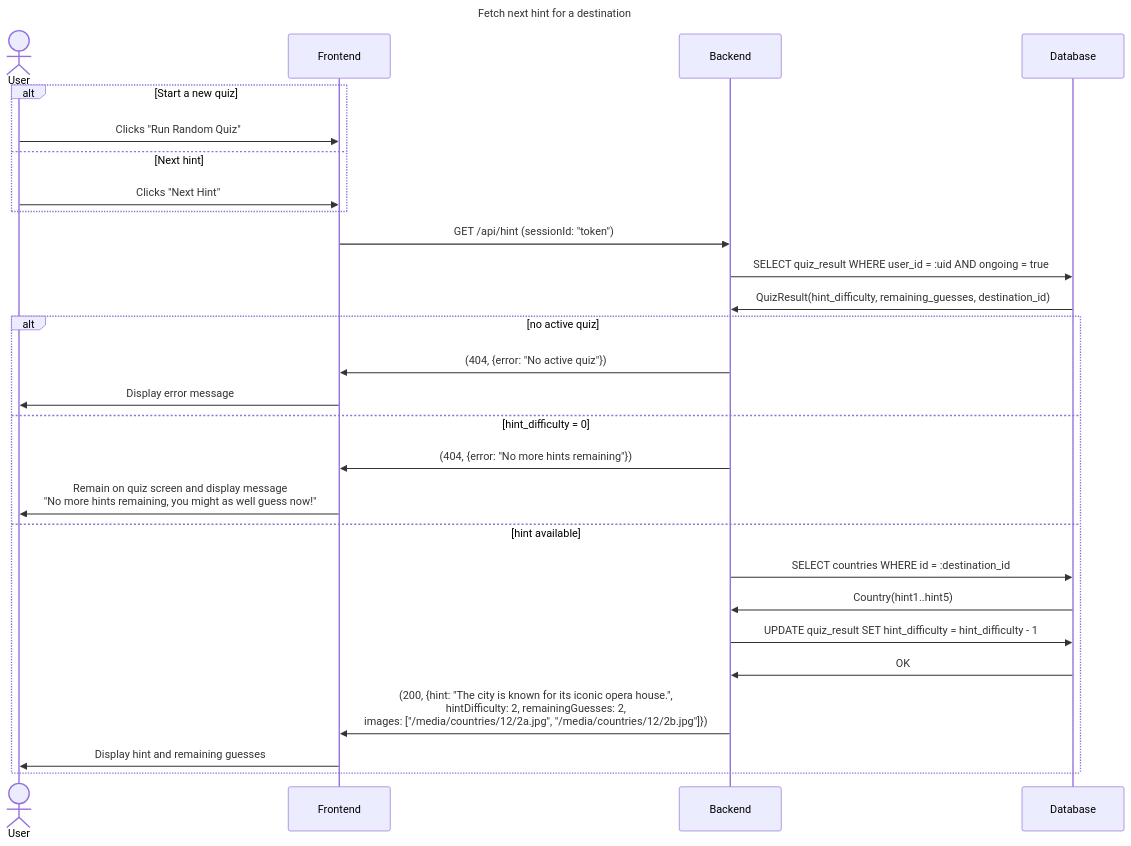
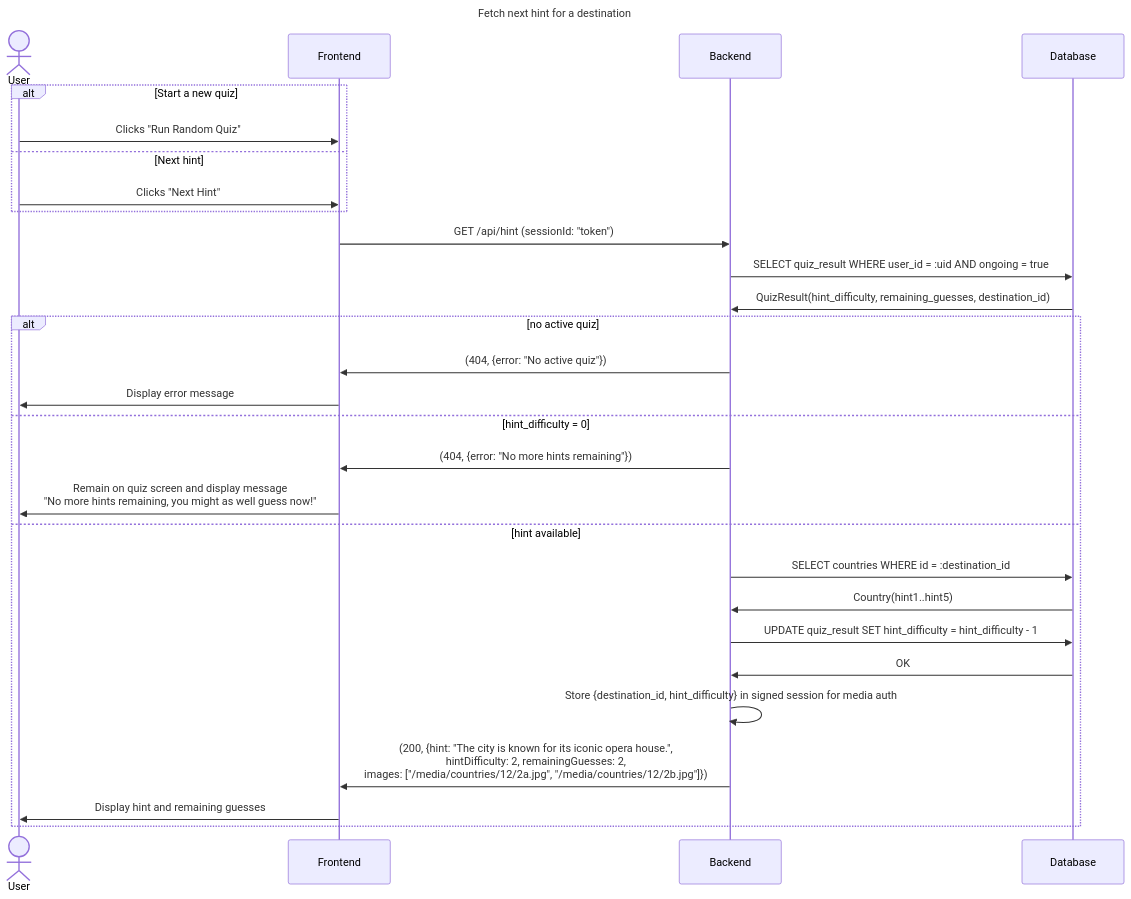
One commit to fylke/quizzler changed the diagram in docs/hint.md. Above: the diagram before and after it, drawn with Mermaid. The commit also changed other lines of this file and 7 other files, not shown here.

````diff
--- a/docs/hint.md
+++ b/docs/hint.md
@@ -1,35 +1,36 @@
 ```mermaid
 sequenceDiagram
     title Fetch next hint for a destination
 
     actor User
     participant Frontend
     participant Backend
     participant Database
 
     alt Start a new quiz
         User->>Frontend: Clicks "Run Random Quiz"
     else Next hint
         User->>Frontend: Clicks "Next Hint"
     end
 
     Frontend->>Backend: GET /api/hint (sessionId: "token")
 
     Backend->>Database: SELECT quiz_result WHERE user_id = :uid AND ongoing = true
     Database->>Backend: QuizResult(hint_difficulty, remaining_guesses, destination_id)
 
     alt no active quiz
         Backend->>Frontend: (404, {error: "No active quiz"})
         Frontend->>User: Display error message
     else hint_difficulty = 0
         Backend->>Frontend: (404, {error: "No more hints remaining"})
         Frontend->>User: Remain on quiz screen and display message<br/>"No more hints remaining, you might as well guess now!"
     else hint available
         Backend->>Database: SELECT countries WHERE id = :destination_id
         Database->>Backend: Country(hint1..hint5)
         Backend->>Database: UPDATE quiz_result SET hint_difficulty = hint_difficulty - 1
         Database->>Backend: OK
+        Backend->>Backend: Store {destination_id, hint_difficulty} in signed session for media auth
         Backend->>Frontend: (200, {hint: "The city is known for its iconic opera house.",<br/>hintDifficulty: 2, remainingGuesses: 2,<br/>images: ["/media/countries/12/2a.jpg", "/media/countries/12/2b.jpg"]})
         Frontend->>User: Display hint and remaining guesses
     end
 ```
````
